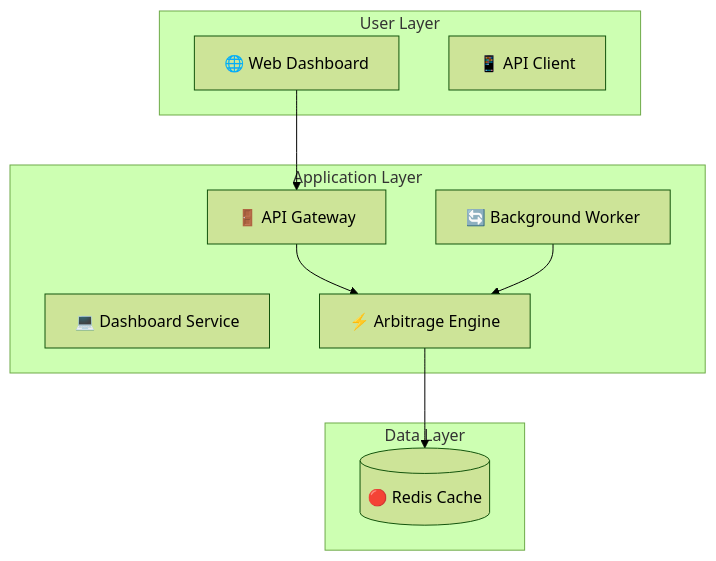
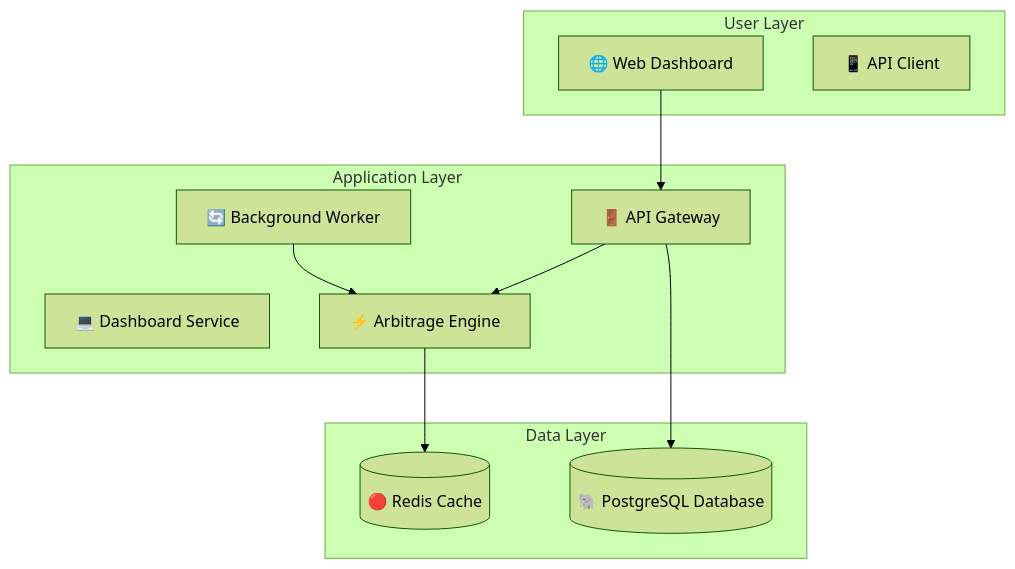
One commit to cywf/AlphaNest changed the second of 2 diagrams in backend/README.md. Above: the diagram before and after it, drawn with Mermaid (forest theme). The commit also changed other lines of this file, not shown here.

Commit message:
Update README with database documentation and architecture

````diff
--- a/backend/README.md
+++ b/backend/README.md
@@ -90,23 +93,25 @@
 ```mermaid
 graph TB
     subgraph "User Layer"
         WebUI[🌐 Web Dashboard]
         API_Client[📱 API Client]
     end
     
     subgraph "Application Layer"
         Gateway[🚪 API Gateway]
         Dashboard[💻 Dashboard Service]
         Engine[⚡ Arbitrage Engine]
         Worker[🔄 Background Worker]
     end
     
     subgraph "Data Layer"
         Redis[(🔴 Redis Cache)]
+        PostgreSQL[(🐘 PostgreSQL Database)]
     end
     
     WebUI --> Gateway
     Gateway --> Engine
     Worker --> Engine
     Engine --> Redis
+    Gateway --> PostgreSQL
 ```
````
